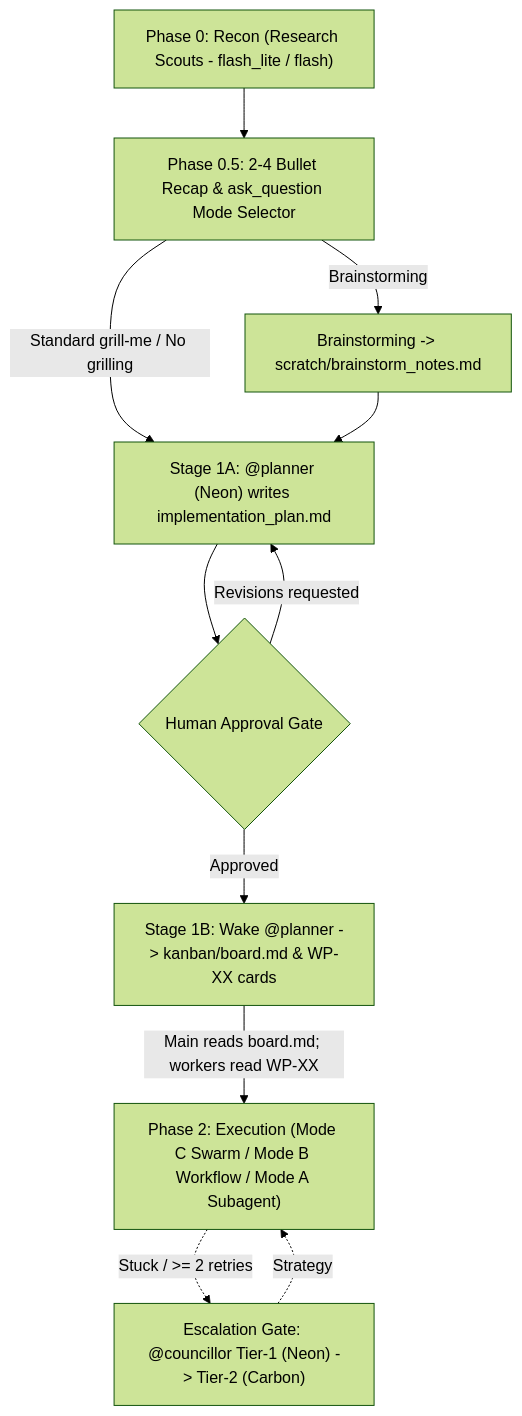
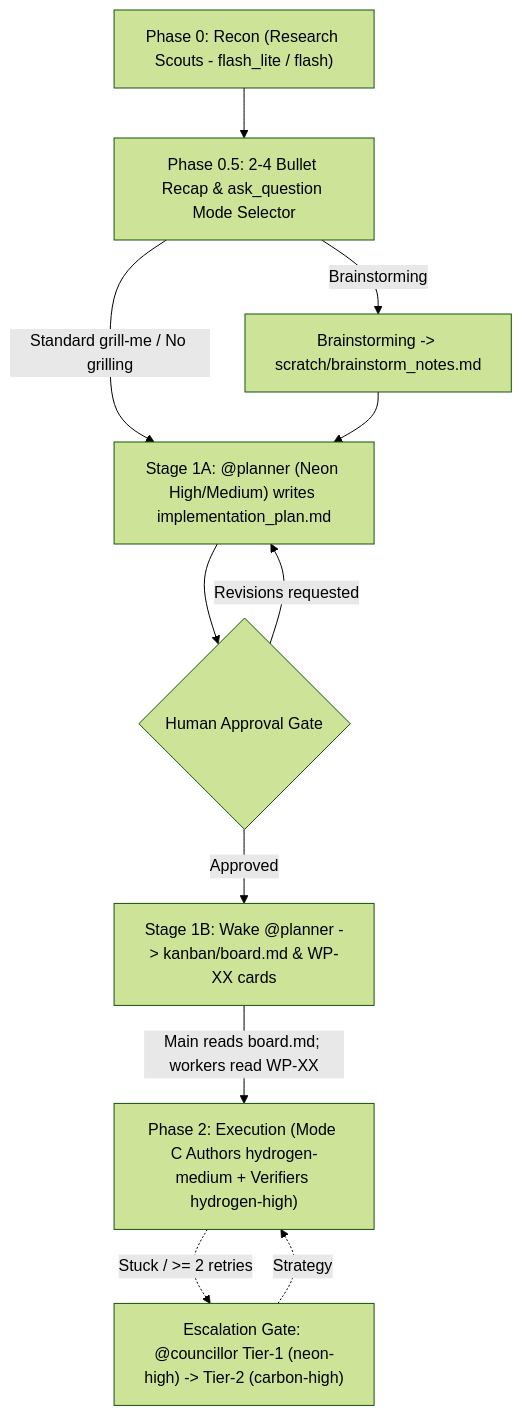
The diagram in README.md (KrysBOT-AImer/token-efficient-orchestrator), drawn with Mermaid (forest theme) before and after one commit. The commit also changed other lines of this file and 20 other files, not shown here.

````diff
--- a/README.md
+++ b/README.md
@@ -94,22 +131,22 @@
 ```mermaid
 flowchart TD
     P0["Phase 0: Recon (Research Scouts - flash_lite / flash)"]
     P05["Phase 0.5: 2-4 Bullet Recap & ask_question Mode Selector"]
     BS["Brainstorming -> scratch/brainstorm_notes.md"]
-    P1A["Stage 1A: @planner (Neon) writes implementation_plan.md"]
+    P1A["Stage 1A: @planner (Neon High/Medium) writes implementation_plan.md"]
     GATE{"Human Approval Gate"}
     P1B["Stage 1B: Wake @planner -> kanban/board.md & WP-XX cards"]
-    P2["Phase 2: Execution (Mode C Swarm / Mode B Workflow / Mode A Subagent)"]
-    ESC["Escalation Gate: @councillor Tier-1 (Neon) -> Tier-2 (Carbon)"]
+    P2["Phase 2: Execution (Mode C Authors hydrogen-medium + Verifiers hydrogen-high)"]
+    ESC["Escalation Gate: @councillor Tier-1 (neon-high) -> Tier-2 (carbon-high)"]
 
     P0 --> P05
     P05 -->|"Standard grill-me / No grilling"| P1A
     P05 -->|"Brainstorming"| BS
     BS --> P1A
     P1A --> GATE
     GATE -->|"Revisions requested"| P1A
     GATE -->|"Approved"| P1B
     P1B -->|"Main reads board.md; workers read WP-XX"| P2
     P2 -.->|"Stuck / >= 2 retries"| ESC
     ESC -.->|"Strategy"| P2
 ```
````
